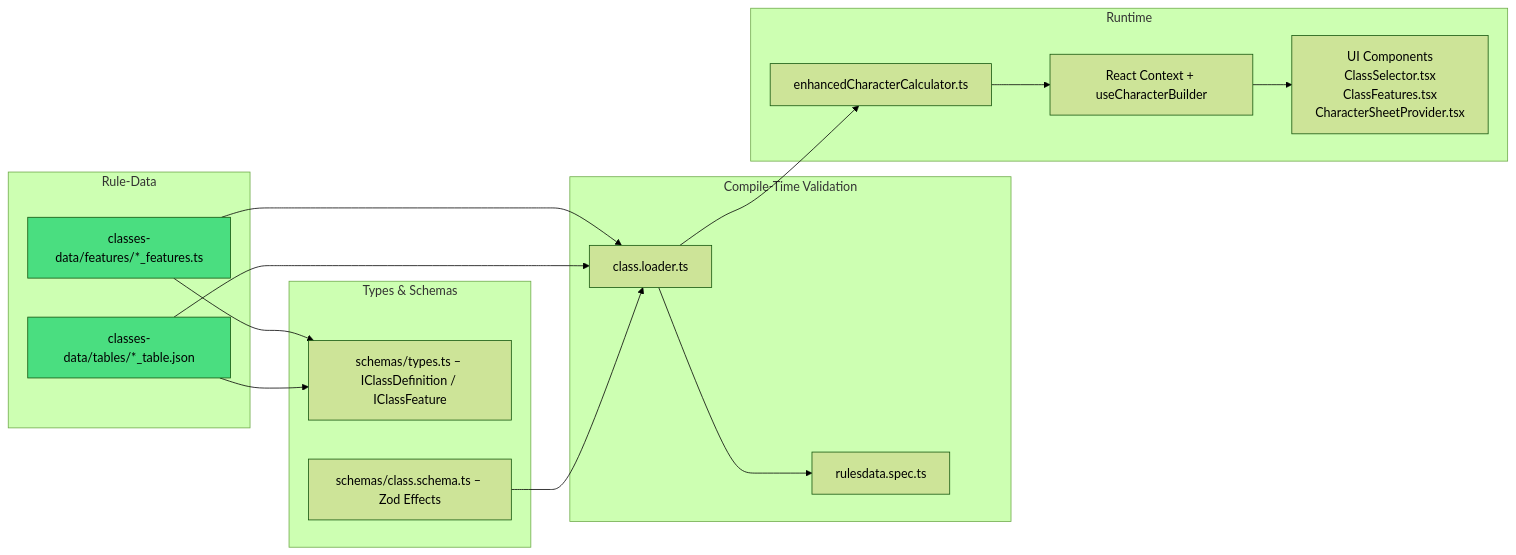
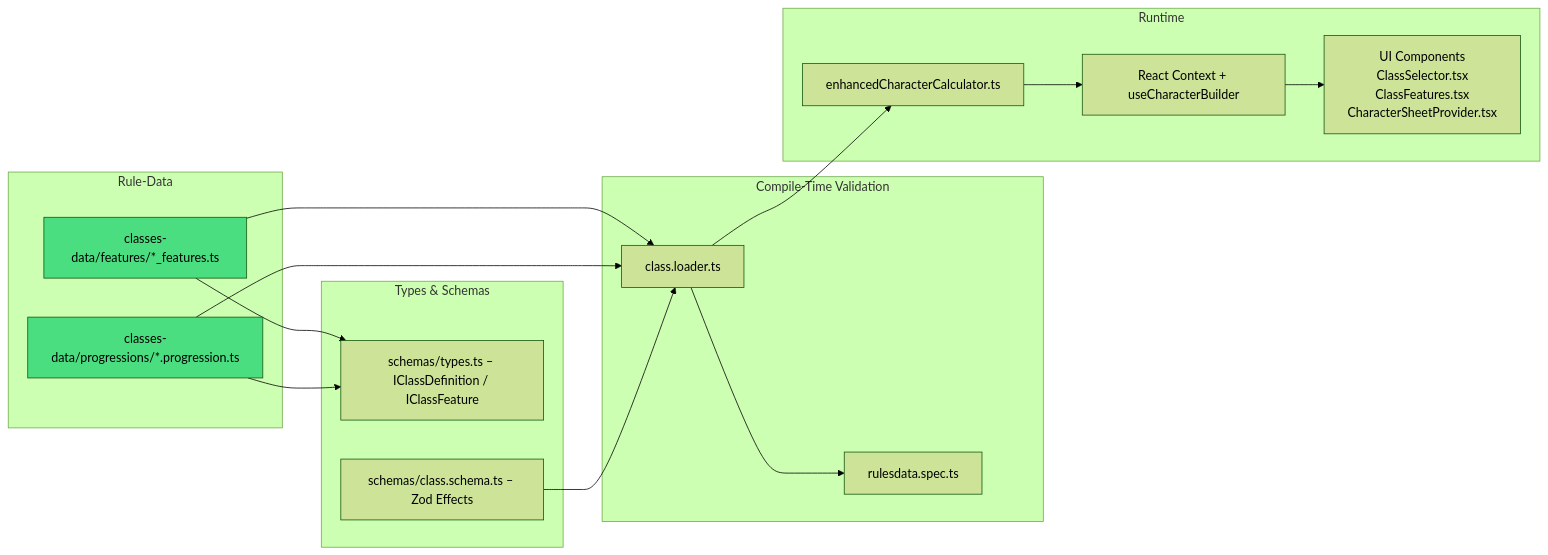
One commit to YasafVol/dc20clean changed the diagram in docs/systems/CLASS_SYSTEM.MD. Above: the diagram before and after it, drawn with Mermaid (forest theme). The commit also changed other lines of this file and 32 other files, not shown here.

First line of the commit message:
refactor(rules): migrate class progression data from JSON to TypeScript

````diff
--- a/docs/systems/CLASS_SYSTEM.MD
+++ b/docs/systems/CLASS_SYSTEM.MD
@@ -12,34 +12,34 @@
 ```mermaid
 flowchart LR
     subgraph Rule-Data
         A1[classes-data/features/*_features.ts]
-        A2[classes-data/tables/*_table.json]
+        A2[classes-data/progressions/*.progression.ts]
         style A1 fill:#4ade80,color:#000
         style A2 fill:#4ade80,color:#000
     end
 
     subgraph Types & Schemas
         B1[schemas/types.ts – IClassDefinition / IClassFeature]
         B2[schemas/class.schema.ts – Zod Effects]
     end
 
     A1 --> B1
     A2 --> B1
 
     subgraph Compile-Time Validation
         C1[class.loader.ts]
         C2[rulesdata.spec.ts]
     end
 
     A1 & A2 --> C1
     B2 --> C1
     C1 --> C2
 
     subgraph Runtime
         D1[enhancedCharacterCalculator.ts]
         D2[React Context + useCharacterBuilder]
         D3[UI Components<br/>ClassSelector.tsx<br/>ClassFeatures.tsx<br/>CharacterSheetProvider.tsx]
     end
 
     C1 --> D1 --> D2 --> D3
 ```
````
